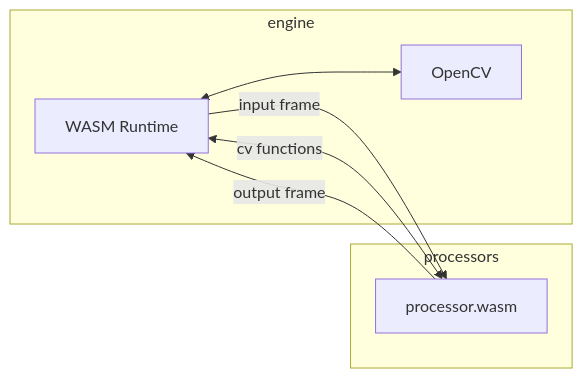
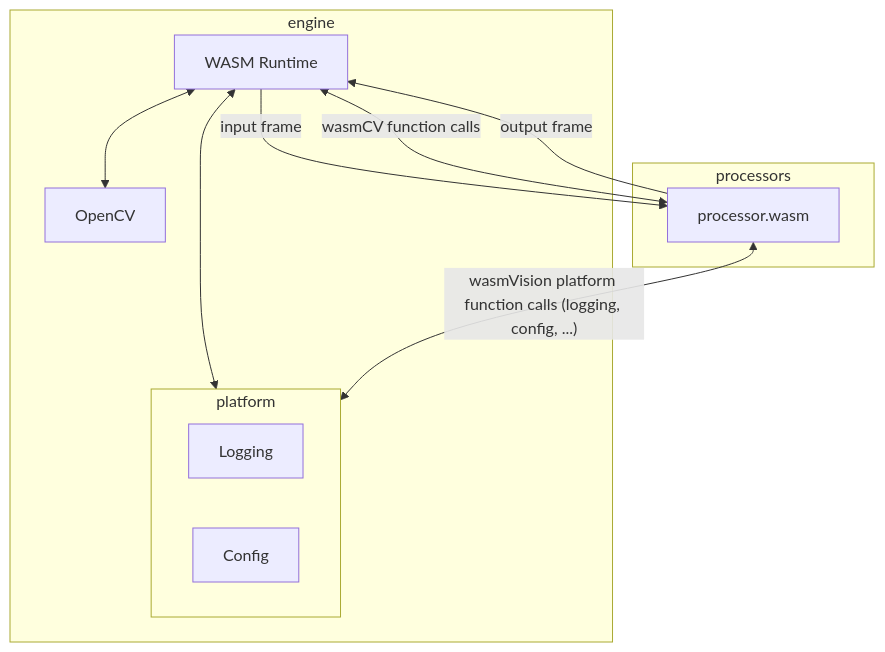
Before and after one commit to wasmvision/wasmvision: the diagram in PROCESSOR.md, drawn with Mermaid. The commit also changed other lines of this file, not shown here.

Commit message:
docs: somewhat improve docs for processor development and include basic explanation of wasmVision platform/sdk

````diff
--- a/PROCESSOR.md
+++ b/PROCESSOR.md
@@ -15,12 +15,18 @@
 ```mermaid
-flowchart LR
+flowchart TD
     subgraph engine
         Runtime[WASM Runtime]
         Runtime<-->OpenCV
+        subgraph platform
+            Logging
+            Config
+        end
+        Runtime<-->platform
     end
     subgraph processors
         Runtime-- input frame -->processor.wasm
-        processor.wasm<--cv functions-->Runtime
+        processor.wasm<--wasmCV function calls-->Runtime
         processor.wasm-- output frame -->Runtime
+        processor.wasm<--wasmVision platform function calls (logging, config, ...)-->platform
     end
 ```
````
